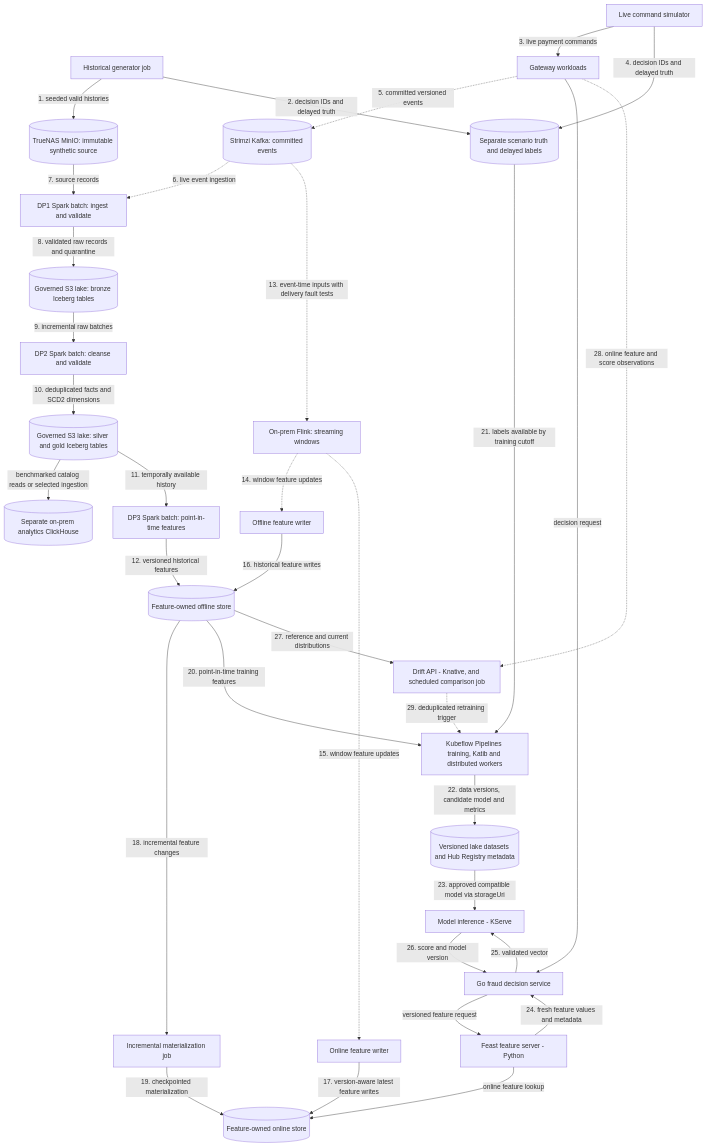
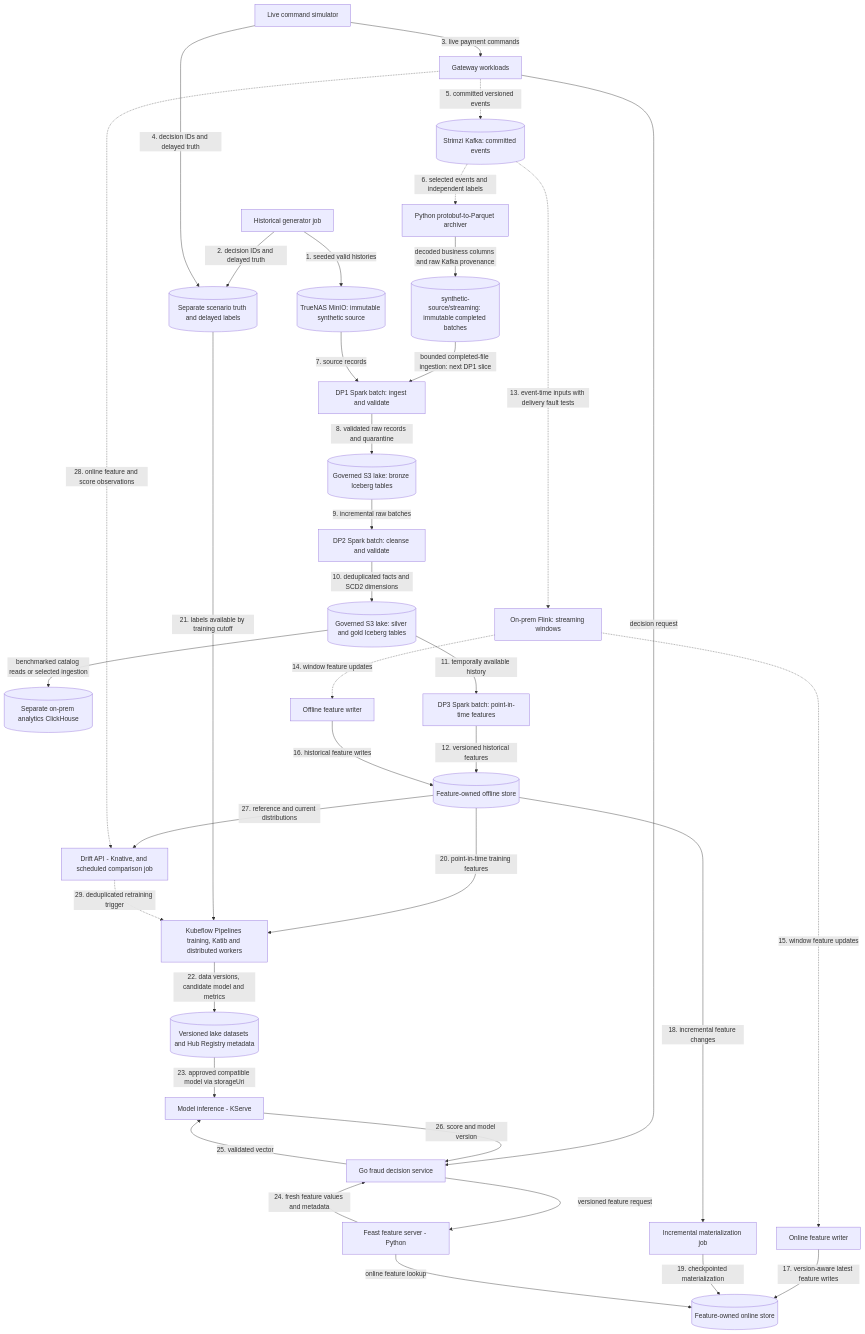
Before and after one commit to phuchoang2603/payment-gateway-fraud-detection: the diagram in docs/data-ml/data-pipeline.md, drawn with Mermaid. The commit also changed other lines of this file and 95 other files, not shown here.

First line of the commit message:
feat(simulator): exercise live gateway traffic and parquet landing (#89)

````diff
--- a/docs/data-ml/data-pipeline.md
+++ b/docs/data-ml/data-pipeline.md
@@ -9,60 +9,64 @@
 ```mermaid
 flowchart TB
     H["Historical generator job"]
     L["Live command simulator"]
     G["Gateway workloads"]
     T[("Separate scenario truth and delayed labels")]
     S[("TrueNAS MinIO: immutable synthetic source")]
     Q[("Strimzi Kafka: committed events")]
+    A["Python protobuf-to-Parquet archiver"]
+    LS[("synthetic-source/streaming: immutable completed batches")]
     D1["DP1 Spark batch: ingest and validate"]
     B[("Governed S3 lake: bronze Iceberg tables")]
     D2["DP2 Spark batch: cleanse and validate"]
     C[("Governed S3 lake: silver and gold Iceberg tables")]
     CH[("Separate on-prem analytics ClickHouse")]
     D3["DP3 Spark batch: point-in-time features"]
     O[("Feature-owned offline store")]
     W["On-prem Flink: streaming windows"]
     WO["Offline feature writer"]
     WN["Online feature writer"]
     N[("Feature-owned online store")]
     MT["Incremental materialization job"]
     TR["Kubeflow Pipelines training, Katib and distributed workers"]
     MR[("Versioned lake datasets and Hub Registry metadata")]
     F["Go fraud decision service"]
     FS["Feast feature server - Python"]
     I["Model inference - KServe"]
     D["Drift API - Knative, and scheduled comparison job"]
     H -->|"1. seeded valid histories"| S
     H -->|"2. decision IDs and delayed truth"| T
     L -->|"3. live payment commands"| G
     L -->|"4. decision IDs and delayed truth"| T
     G -.->|"5. committed versioned events"| Q
-    Q -.->|"6. live event ingestion"| D1
+    Q -.->|"6. selected events and independent labels"| A
+    A -->|"decoded business columns and raw Kafka provenance"| LS
+    LS -->|"bounded completed-file ingestion: next DP1 slice"| D1
     S -->|"7. source records"| D1
     D1 -->|"8. validated raw records and quarantine"| B
     B -->|"9. incremental raw batches"| D2
     D2 -->|"10. deduplicated facts and SCD2 dimensions"| C
     C -->|"benchmarked catalog reads or selected ingestion"| CH
     C -->|"11. temporally available history"| D3
     D3 -->|"12. versioned historical features"| O
     Q -.->|"13. event-time inputs with delivery fault tests"| W
     W -.->|"14. window feature updates"| WO
     W -.->|"15. window feature updates"| WN
     WO -->|"16. historical feature writes"| O
     WN -->|"17. version-aware latest feature writes"| N
     O -->|"18. incremental feature changes"| MT
     MT -->|"19. checkpointed materialization"| N
     O -->|"20. point-in-time training features"| TR
     T -->|"21. labels available by training cutoff"| TR
     TR -->|"22. data versions, candidate model and metrics"| MR
     MR -->|"23. approved compatible model via storageUri"| I
     G -->|"decision request"| F
     F -->|"versioned feature request"| FS
     FS -->|"online feature lookup"| N
     FS -->|"24. fresh feature values and metadata"| F
     F -->|"25. validated vector"| I
     I -->|"26. score and model version"| F
     O -->|"27. reference and current distributions"| D
     G -.->|"28. online feature and score observations"| D
     D -.->|"29. deduplicated retraining trigger"| TR
 ```
````
